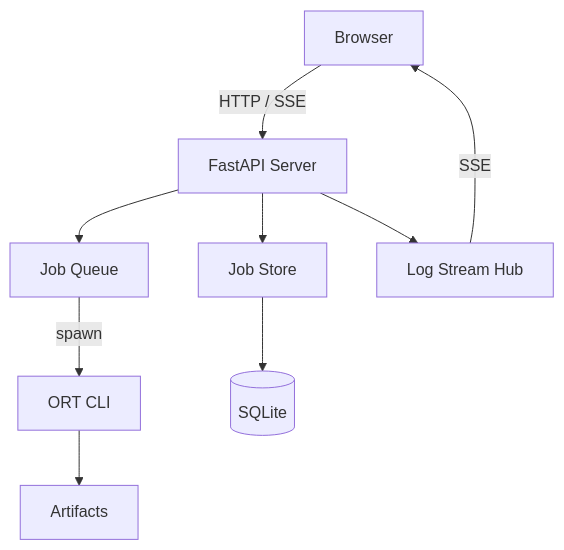
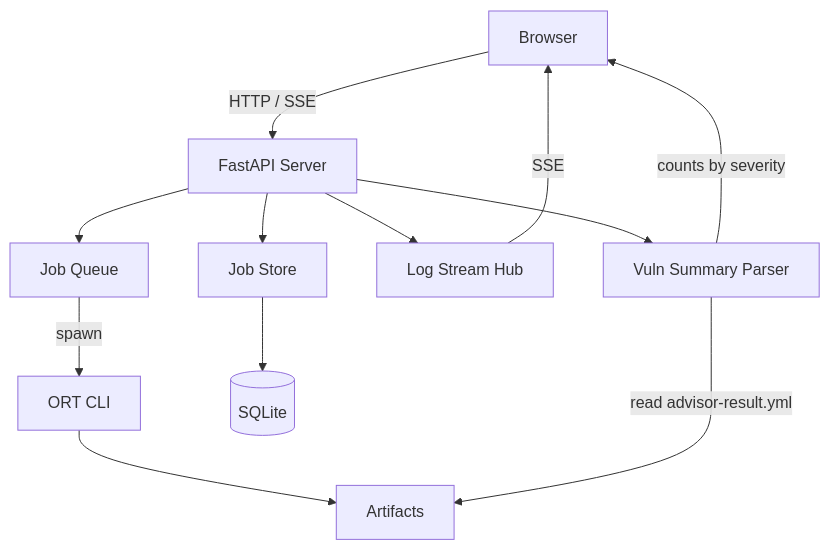
Before and after one commit to tnvinh2711/ort-web: the first of 5 diagrams in DIAGRAMS.md, drawn with Mermaid. The commit also changed other lines of this file, not shown here.

First line of the commit message:
docs: update diagrams to reflect analyze → advise → report pipeline

````diff
--- a/DIAGRAMS.md
+++ b/DIAGRAMS.md
@@ -7,11 +7,14 @@
 ```mermaid
 graph TB
     Browser["Browser"] -->|"HTTP / SSE"| API["FastAPI Server"]
     API --> JobQueue["Job Queue"]
     API --> JobStore["Job Store"]
     API --> LogHub["Log Stream Hub"]
+    API --> VulnParser["Vuln Summary Parser"]
     JobQueue -->|"spawn"| ORT["ORT CLI"]
     JobStore --> DB[("SQLite")]
     ORT --> Artifacts["Artifacts"]
+    VulnParser -->|"read advisor-result.yml"| Artifacts
     LogHub -->|"SSE"| Browser
+    VulnParser -->|"counts by severity"| Browser
 ```
````
